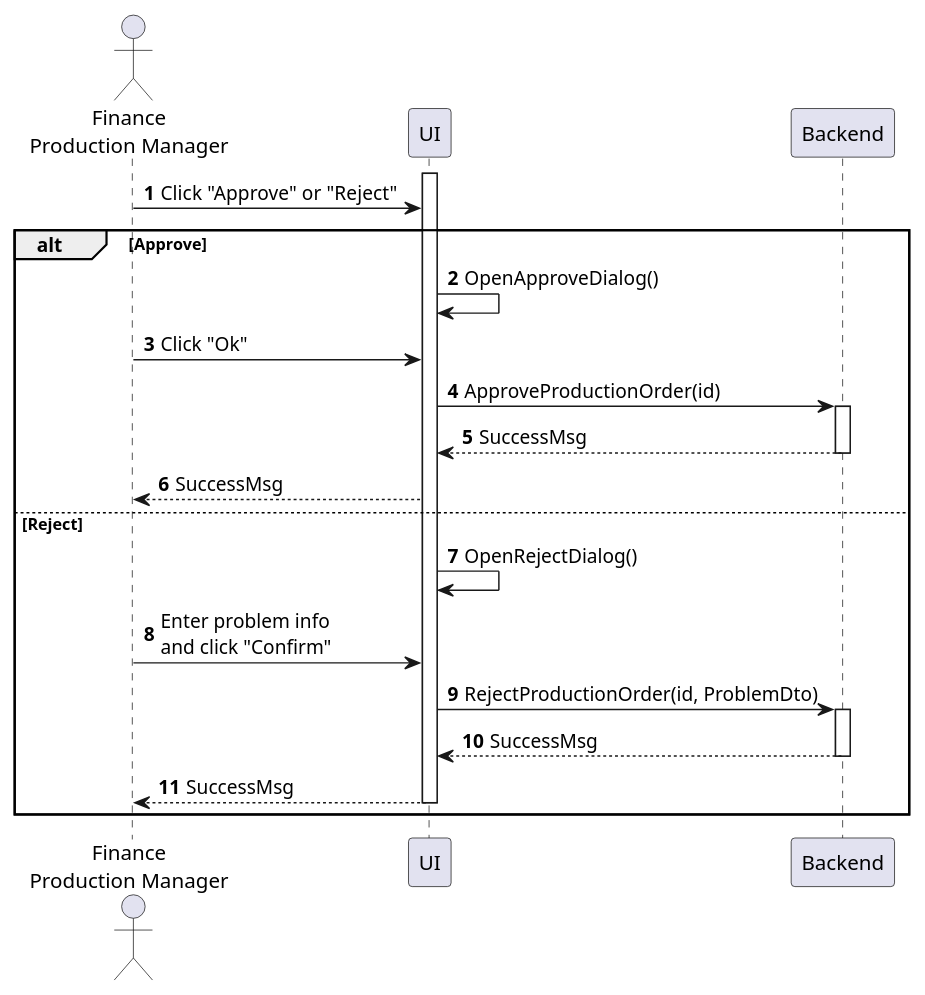
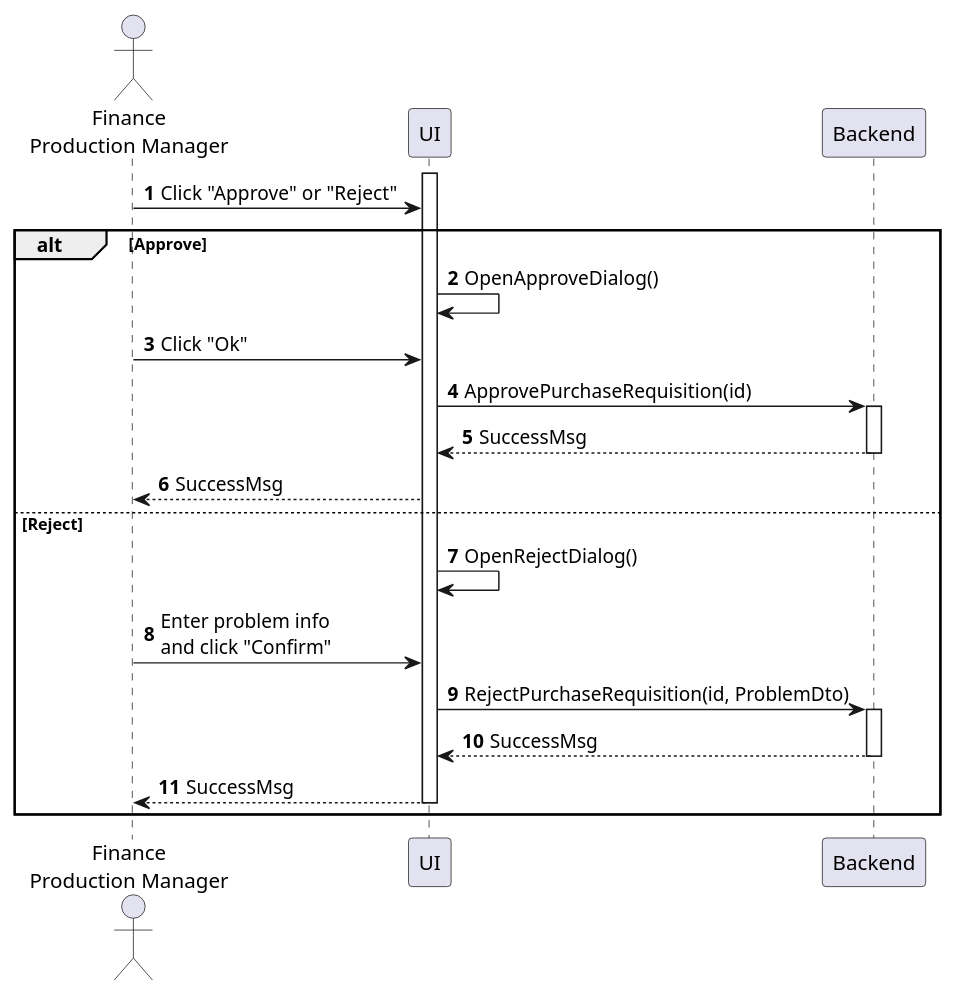
Before and after one commit to phihungha/scmss-reqs: the diagram in sequences/purchase-requisition-approve.plantuml, drawn with PlantUML. The commit also changed 3 other files, not shown here.

```diff
--- a/sequences/purchase-requisition-approve.plantuml
+++ b/sequences/purchase-requisition-approve.plantuml
@@ -1,28 +1,28 @@
 @startuml purchase-requisition-approve
 autonumber
 
 actor "Finance\nProduction Manager" as a
 participant UI as f
 participant Backend as b
 
 activate f
 a -> f : Click "Approve" or "Reject"
 
 alt Approve
     f -> f : OpenApproveDialog()
     a -> f : Click "Ok"
-    f -> b : ApproveProductionOrder(id)
+    f -> b : ApprovePurchaseRequisition(id)
     activate b
     b --> f : SuccessMsg
     deactivate b
     f --> a : SuccessMsg
 else Reject
     f -> f : OpenRejectDialog()
     a -> f : Enter problem info\nand click "Confirm"
-    f -> b : RejectProductionOrder(id, ProblemDto)
+    f -> b : RejectPurchaseRequisition(id, ProblemDto)
     activate b
     return SuccessMsg
     f --> a : SuccessMsg
     deactivate f
 end
 @enduml
```
